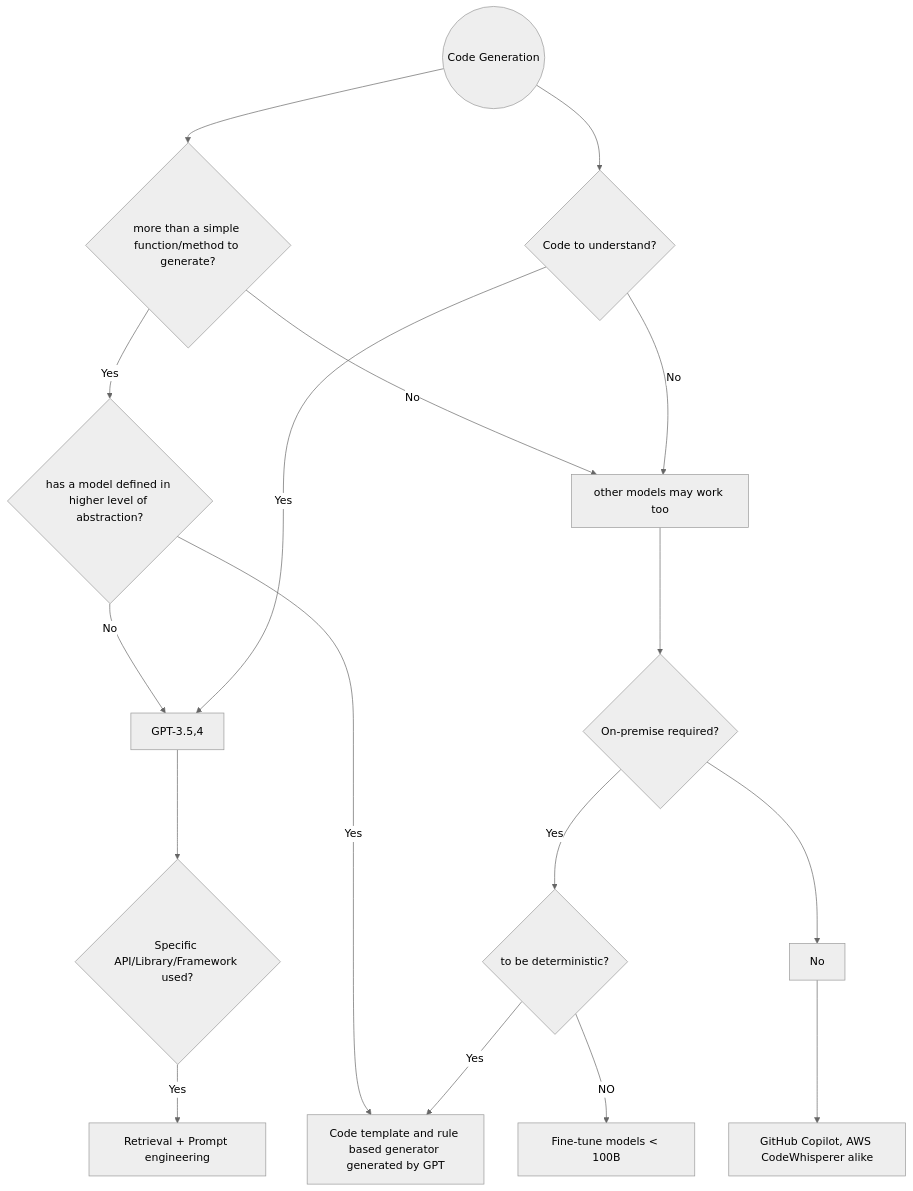
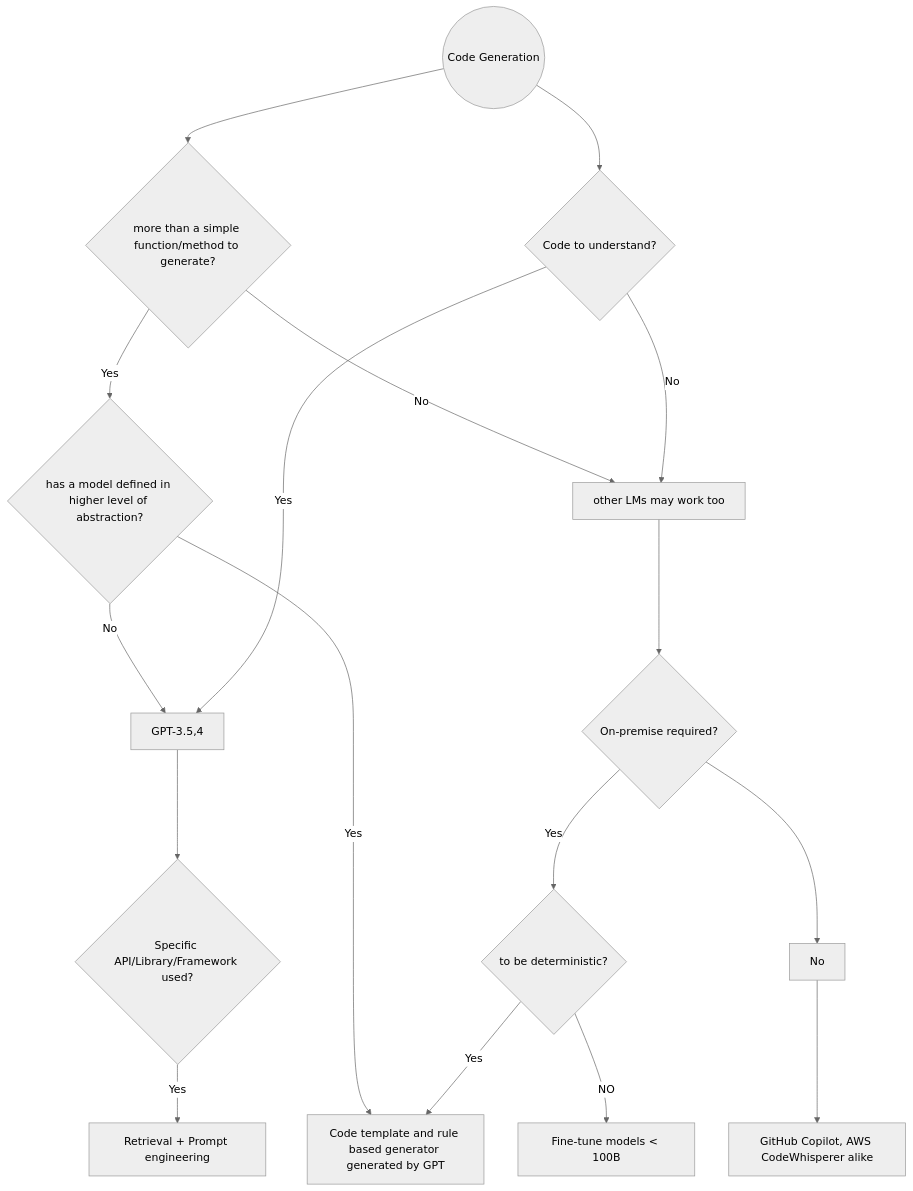
Before and after one commit to AI-LLM/ai-llm.github.io: the diagram in Code-LLM-alternatives.md, drawn with Mermaid (neutral theme). The commit also changed other lines of this file, not shown here.

````diff
--- a/Code-LLM-alternatives.md
+++ b/Code-LLM-alternatives.md
@@ -420,18 +420,18 @@
 ```mermaid
 graph TD;
     S((Code Generation))-->Q1{more than a simple function/method to generate?};
     S-->Q2{Code to understand?};
     Q1 -- Yes --> Q1a{has a model defined in higher level of abstraction?}
     Q1a -- No --> P1[GPT-3.5,4];
     Q1a -- Yes --> P21
-    Q1 -- No -->P2[other models may work too];
+    Q1 -- No -->P2[other LMs may work too];
     Q2 -- Yes -->P1[GPT-3.5,4];
     Q2 -- No -->P2;
     P1 --> Q3{Specific API/Library/Framework used?};
     Q3 -- Yes -->P11[Retrieval + Prompt engineering];
     P2 --> Q4{On-premise required?};
     Q4 -- Yes --> Q5{to be deterministic?};
     Q4 --> No --> P23[GitHub Copilot, AWS CodeWhisperer alike]
     Q5 -- Yes --> P21[Code template and rule based generator generated by GPT]
     Q5 -- NO --> P22[Fine-tune models < 100B]
 ```
````
